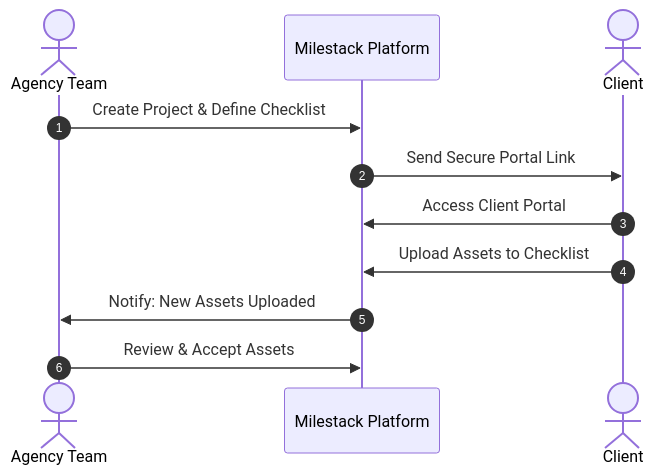
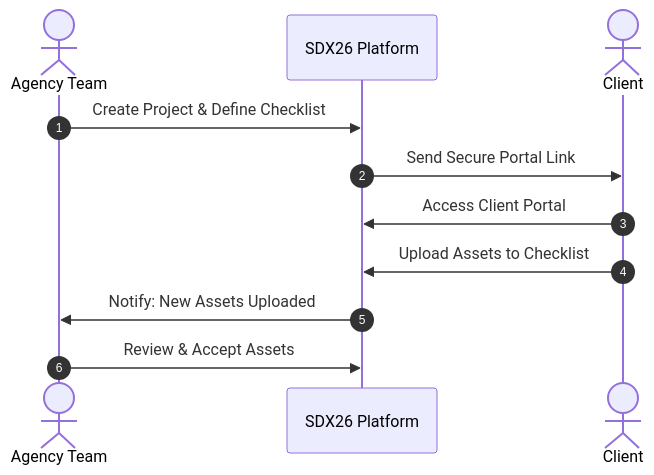
Before and after one commit to Sayan-01/sdx26: the third of 4 diagrams in README.md, drawn with Mermaid. The commit also changed other lines of this file and 36 other files, not shown here.

````diff
--- a/README.md
+++ b/README.md
@@ -116,14 +116,14 @@
 ```mermaid
 sequenceDiagram
     autonumber
     actor Agency as Agency Team
-    participant System as Milestack Platform
+    participant System as SDX26 Platform
     actor Client as Client
     
     Agency->>System: Create Project & Define Checklist
     System->>Client: Send Secure Portal Link
     Client->>System: Access Client Portal
     Client->>System: Upload Assets to Checklist
     System->>Agency: Notify: New Assets Uploaded
     Agency->>System: Review & Accept Assets
 ```
````
